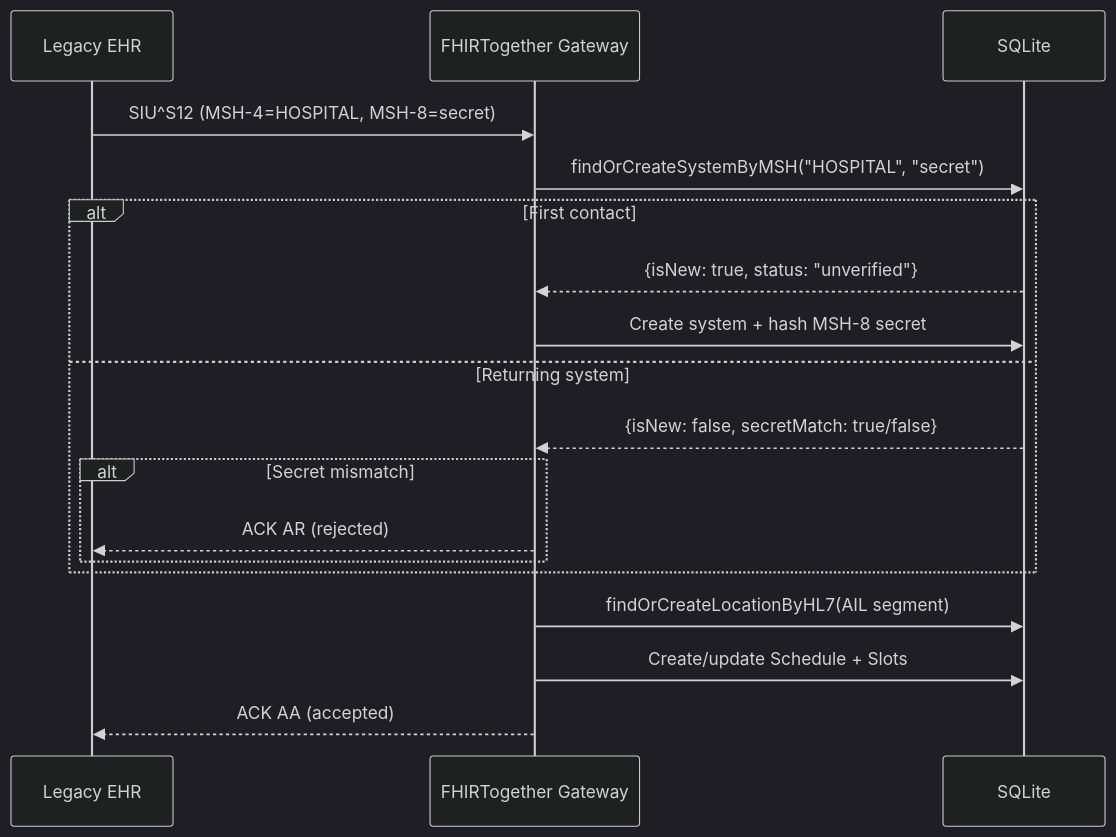
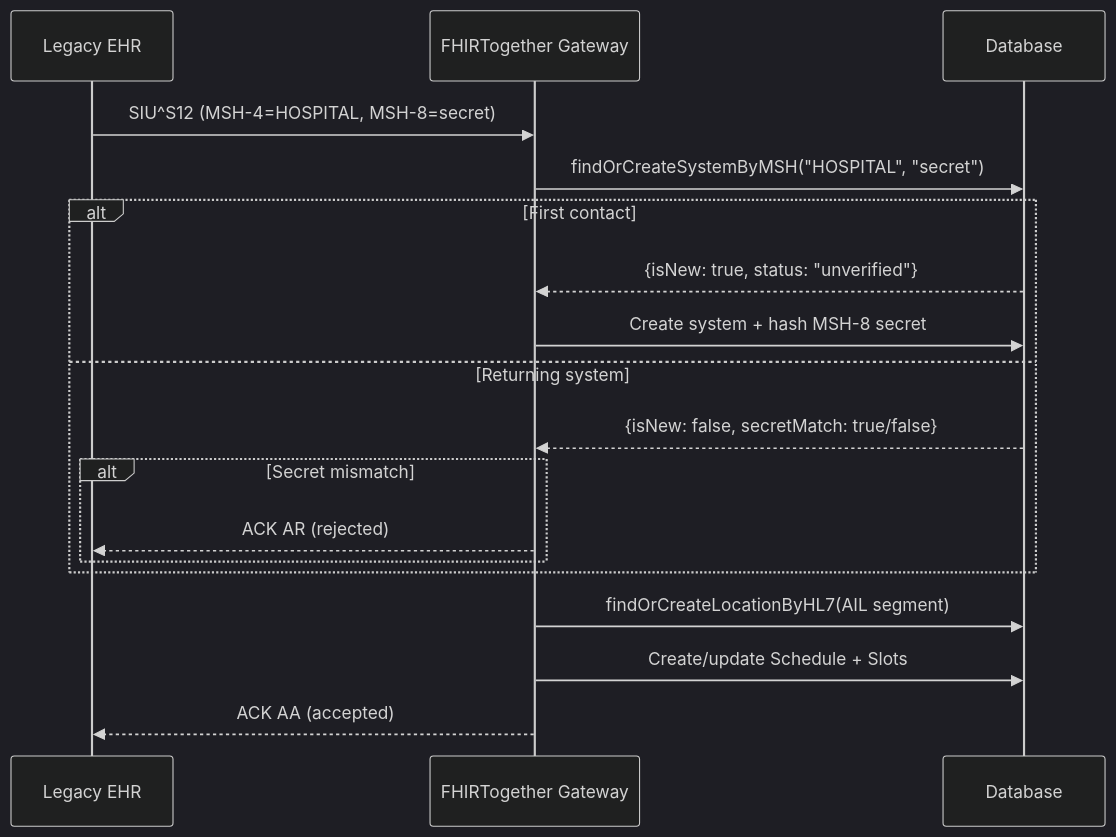
One commit to mieweb/FHIRTogether changed the third of 5 diagrams in ARCHITECTURE.md. Above: the diagram before and after it, drawn with Mermaid (dark theme). The commit also changed other lines of this file and 13 other files, not shown here.

First line of the commit message:
docs: use generic Database/Storage terms instead of SQLite in conceptual docs

````diff
--- a/ARCHITECTURE.md
+++ b/ARCHITECTURE.md
@@ -121,21 +122,21 @@
 ```mermaid
 sequenceDiagram
     participant EHR as Legacy EHR
     participant GW as FHIRTogether Gateway
-    participant DB as SQLite
+    participant DB as Database
 
     EHR->>GW: SIU^S12 (MSH-4=HOSPITAL, MSH-8=secret)
     GW->>DB: findOrCreateSystemByMSH("HOSPITAL", "secret")
     alt First contact
         DB-->>GW: {isNew: true, status: "unverified"}
         GW->>DB: Create system + hash MSH-8 secret
     else Returning system
         DB-->>GW: {isNew: false, secretMatch: true/false}
         alt Secret mismatch
             GW-->>EHR: ACK AR (rejected)
         end
     end
     GW->>DB: findOrCreateLocationByHL7(AIL segment)
     GW->>DB: Create/update Schedule + Slots
     GW-->>EHR: ACK AA (accepted)
 ```
````
